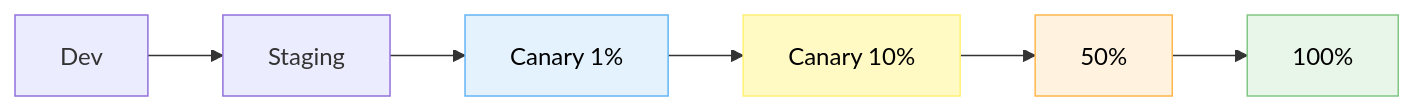
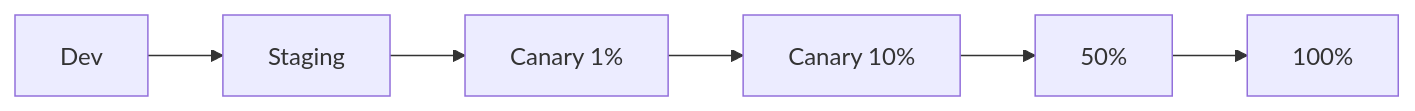
One commit to dinekt/dinekt-wiki changed the second of 2 diagrams in docs/tech-notes/llm-機能を本番リリースする前のチェックリスト.md. Above: the diagram before and after it, drawn with Mermaid. The commit also changed other lines of this file and 70 other files, not shown here.

First line of the commit message:
fix(mermaid): strip all inline styling, rely on theme

````diff
--- a/docs/tech-notes/llm-機能を本番リリースする前のチェックリスト.md
+++ b/docs/tech-notes/llm-機能を本番リリースする前のチェックリスト.md
@@ -72,13 +71,9 @@
 ```mermaid
 flowchart LR
     D[Dev] --> ST[Staging]
     ST --> C1[Canary 1%]
     C1 --> C2[Canary 10%]
     C2 --> C3[50%]
     C3 --> F[100%]
 
-    style C1 fill:#e3f2fd,stroke:#64b5f6,color:#000
-    style C2 fill:#fff9c4,stroke:#fff176,color:#000
-    style C3 fill:#fff3e0,stroke:#ffb74d,color:#000
-    style F fill:#e8f5e9,stroke:#81c784,color:#000
 ```
````
